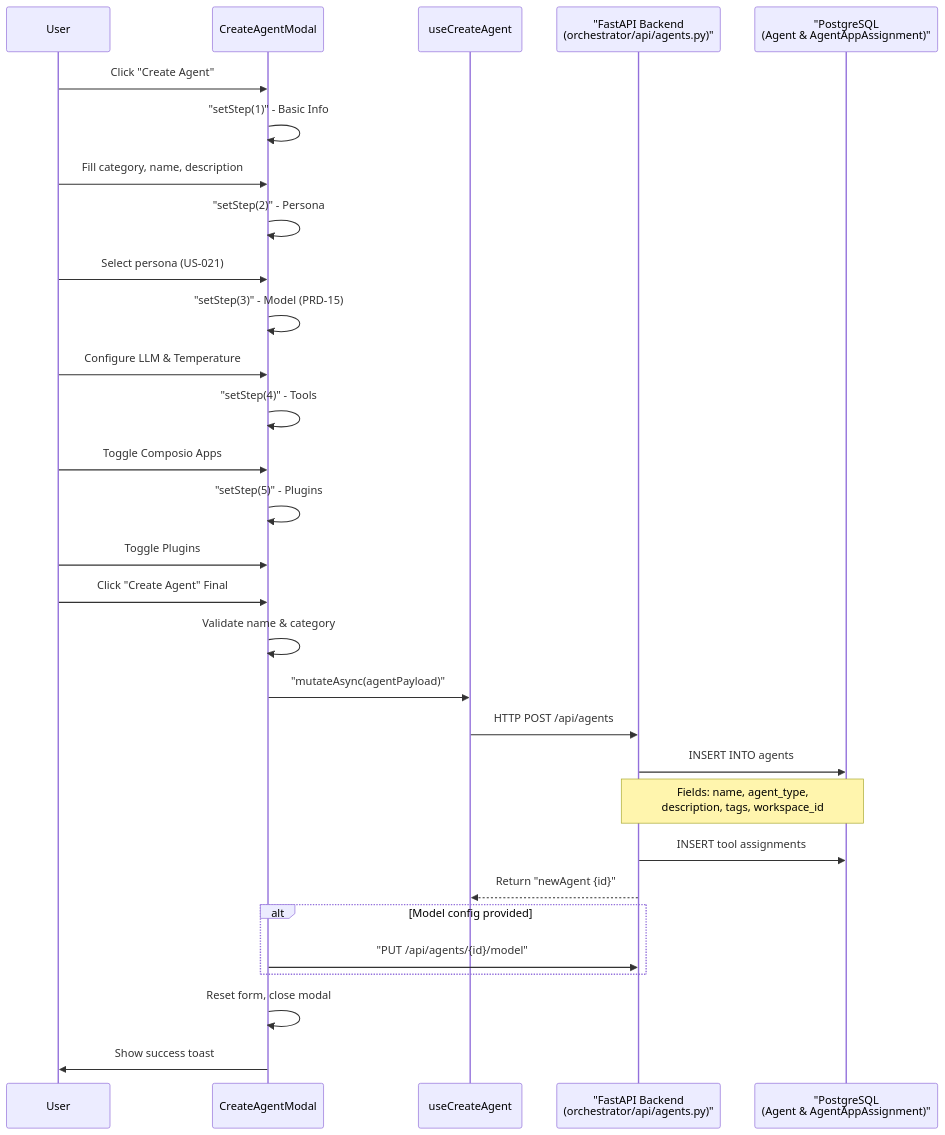
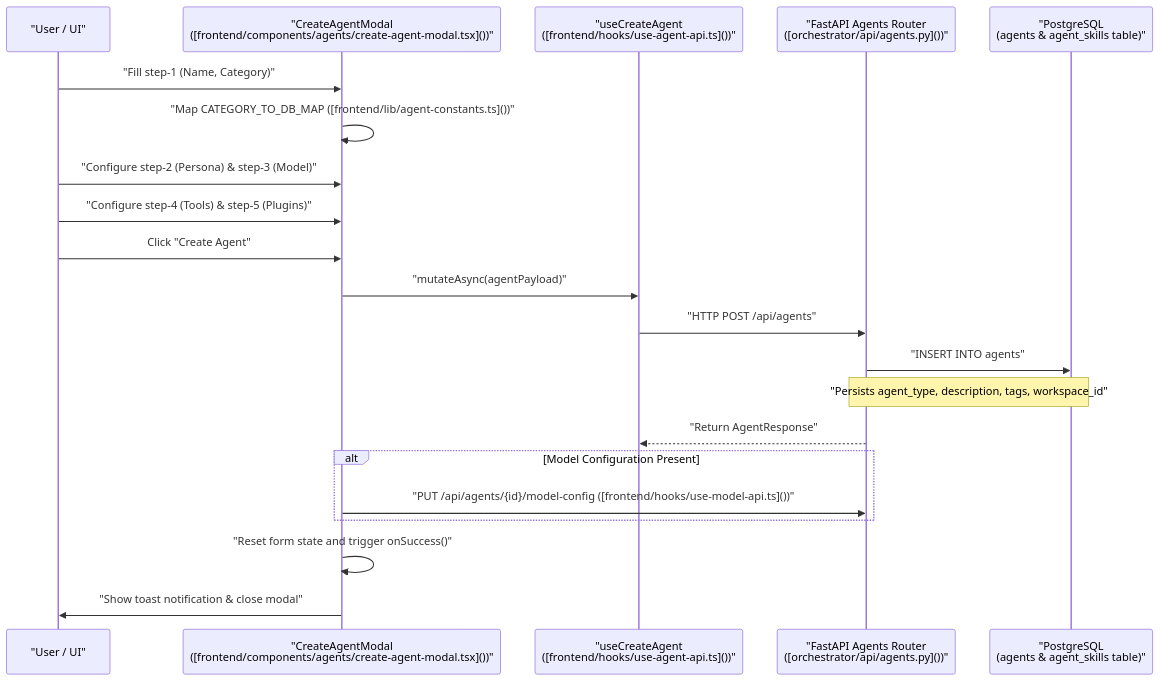
One commit to AutomatosAI/automatos-ai changed the first of 2 diagrams in docs/agents/creating-agents.md. Above: the diagram before and after it, drawn with Mermaid. The commit also changed other lines of this file and 191 other files, not shown here.

````diff
--- a/docs/agents/creating-agents.md
+++ b/docs/agents/creating-agents.md
@@ -56,36 +49,26 @@
 ```mermaid
 sequenceDiagram
-    participant User
-    participant CreateAgentModal
-    participant useCreateAgent
-    participant API as "FastAPI Backend<br/>(orchestrator/api/agents.py)"
-    participant DB as "PostgreSQL<br/>(Agent & AgentAppAssignment)"
+    participant User as "User / UI"
+    participant Modal as "CreateAgentModal<br/>([frontend/components/agents/create-agent-modal.tsx]())"
+    participant Hook as "useCreateAgent<br/>([frontend/hooks/use-agent-api.ts]())"
+    participant Router as "FastAPI Agents Router<br/>([orchestrator/api/agents.py]())"
+    participant DB as "PostgreSQL<br/>(agents & agent_skills table)"
     
-    User->>CreateAgentModal: Click "Create Agent"
-    CreateAgentModal->>CreateAgentModal: "setStep(1)" - Basic Info
-    User->>CreateAgentModal: Fill category, name, description
-    CreateAgentModal->>CreateAgentModal: "setStep(2)" - Persona
-    User->>CreateAgentModal: Select persona (US-021)
-    CreateAgentModal->>CreateAgentModal: "setStep(3)" - Model (PRD-15)
-    User->>CreateAgentModal: Configure LLM & Temperature
-    CreateAgentModal->>CreateAgentModal: "setStep(4)" - Tools
-    User->>CreateAgentModal: Toggle Composio Apps
-    CreateAgentModal->>CreateAgentModal: "setStep(5)" - Plugins
-    User->>CreateAgentModal: Toggle Plugins
-    User->>CreateAgentModal: Click "Create Agent" Final
+    User->>Modal: "Fill step-1 (Name, Category)"
+    Modal->>Modal: "Map CATEGORY_TO_DB_MAP ([frontend/lib/agent-constants.ts]())"
+    User->>Modal: "Configure step-2 (Persona) & step-3 (Model)"
+    User->>Modal: "Configure step-4 (Tools) & step-5 (Plugins)"
+    User->>Modal: Click "Create Agent"
+    Modal->>Hook: "mutateAsync(agentPayload)"
+    Hook->>Router: "HTTP POST /api/agents"
+    Router->>DB: "INSERT INTO agents"
+    Note over Router,DB: "Persists agent_type, description, tags, workspace_id"
+    Router-->>Hook: "Return AgentResponse"
     
-    CreateAgentModal->>CreateAgentModal: Validate name & category
-    CreateAgentModal->>useCreateAgent: "mutateAsync(agentPayload)"
-    useCreateAgent->>API: HTTP POST /api/agents
-    API->>DB: INSERT INTO agents
-    Note over API,DB: Fields: name, agent_type,<br/>description, tags, workspace_id
-    API->>DB: INSERT tool assignments
-    API-->>useCreateAgent: Return "newAgent {id}"
-    
-    alt Model config provided
-        CreateAgentModal->>API: "PUT /api/agents/{id}/model"
+    alt Model Configuration Present
+        Modal->>Router: "PUT /api/agents/{id}/model-config ([frontend/hooks/use-model-api.ts]())"
     end
     
-    CreateAgentModal->>CreateAgentModal: Reset form, close modal
-    CreateAgentModal->>User: Show success toast
+    Modal->>Modal: "Reset form state and trigger onSuccess()"
+    Modal->>User: "Show toast notification & close modal"
 ```
````
